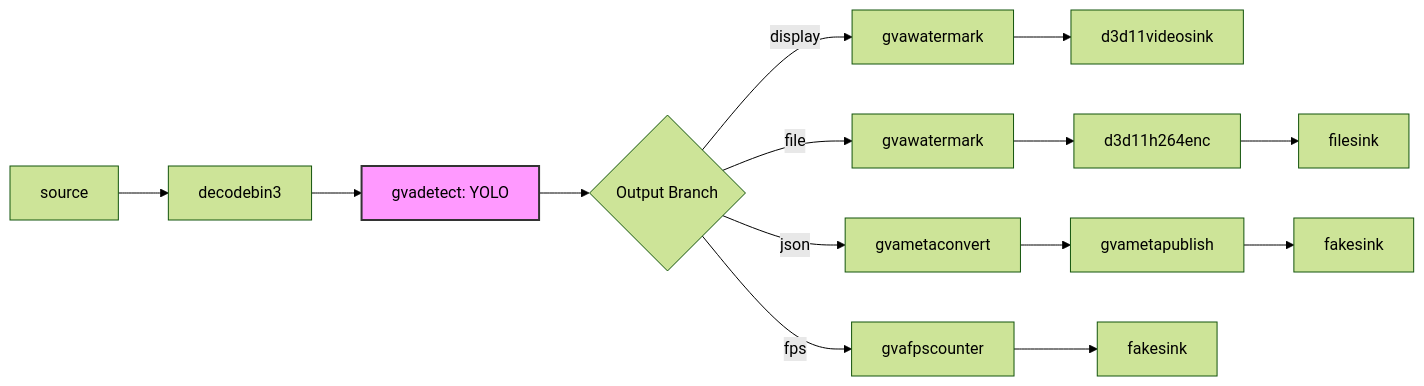
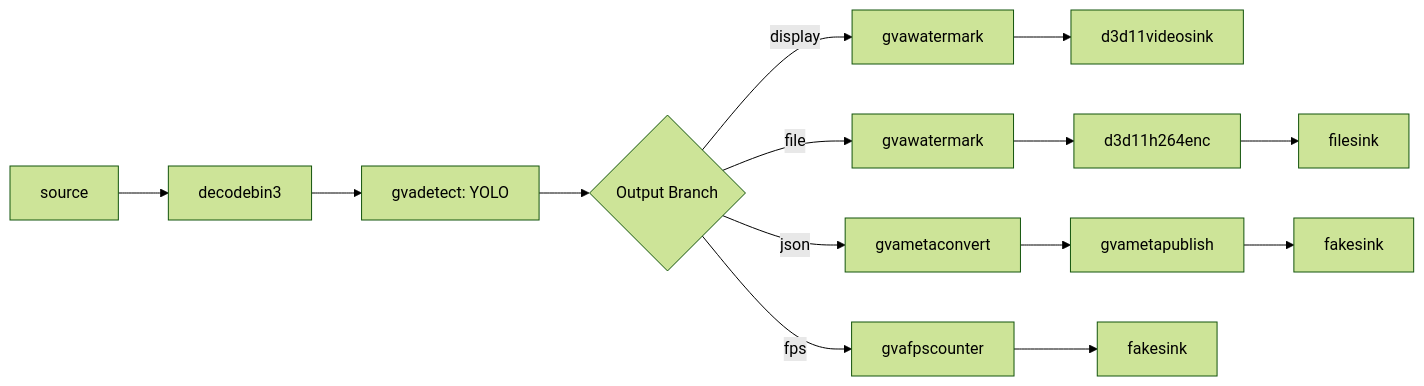
Before and after one commit to open-edge-platform/dlstreamer: the diagram in samples/windows/gstreamer/gst_launch/detection_with_yolo/README.md, drawn with Mermaid (forest theme). The commit also changed 3 other files, not shown here.

Commit message:
remove the color in diagrams

````diff
--- a/samples/windows/gstreamer/gst_launch/detection_with_yolo/README.md
+++ b/samples/windows/gstreamer/gst_launch/detection_with_yolo/README.md
@@ -24,22 +24,20 @@
 ```mermaid
 graph LR
     A[source] --> B[decodebin3]
     B --> C[gvadetect: YOLO]
     C --> D{Output Branch}
 
     D -->|display| E[gvawatermark]
     E --> F[d3d11videosink]
 
     D -->|file| G[gvawatermark]
     G --> H[d3d11h264enc]
     H --> I[filesink]
 
     D -->|json| J[gvametaconvert]
     J --> K[gvametapublish]
     K --> L[fakesink]
 
     D -->|fps| M[gvafpscounter]
     M --> N[fakesink]
-
-    style C fill:#f9f,stroke:#333,stroke-width:2px
 ```
````
